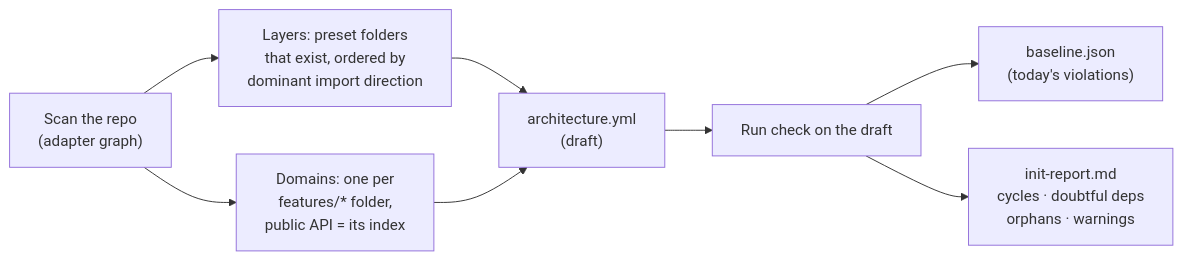
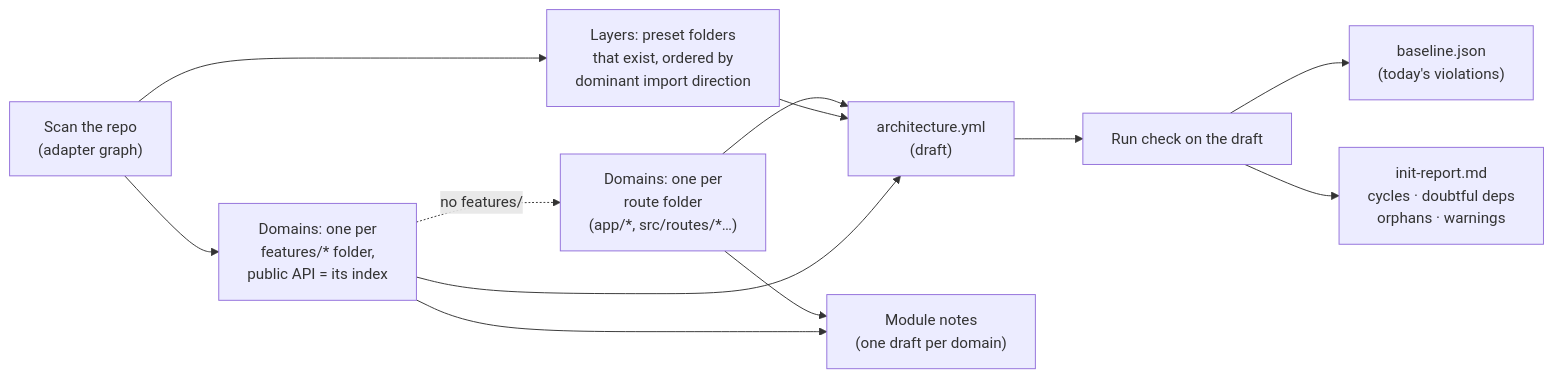
The tenth of 16 diagrams in README.md (fredarcito/reins), drawn with Mermaid before and after one commit. The commit also changed 21 other files, not shown here.

Commit message:
0.3.0: route folders become domains and module notes in init

````diff
--- a/README.md
+++ b/README.md
@@ -431,10 +431,14 @@
 ```mermaid
 flowchart LR
     scan["Scan the repo<br/>(adapter graph)"] --> layers["Layers: preset folders<br/>that exist, ordered by<br/>dominant import direction"]
     scan --> domains["Domains: one per<br/>features/* folder,<br/>public API = its index"]
+    domains -. "no features/" .-> routes["Domains: one per<br/>route folder<br/>(app/*, src/routes/*…)"]
+    routes --> draft
+    routes --> notes["Module notes<br/>(one draft per domain)"]
+    domains --> notes
     layers --> draft["architecture.yml<br/>(draft)"]
     domains --> draft
     draft --> run["Run check on the draft"]
     run --> baseline["baseline.json<br/>(today's violations)"]
     run --> report["init-report.md<br/>cycles · doubtful deps<br/>orphans · warnings"]
 ```
````
